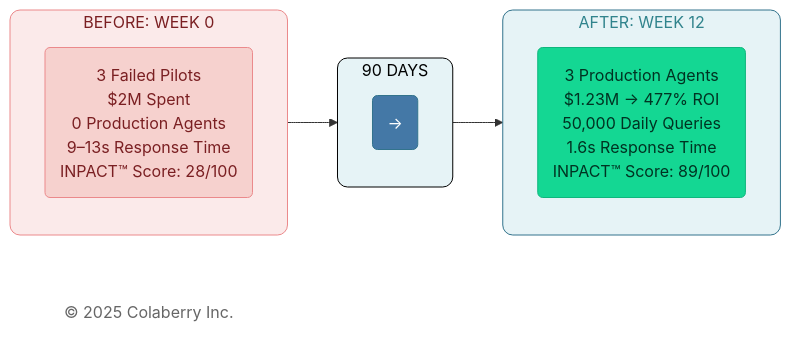
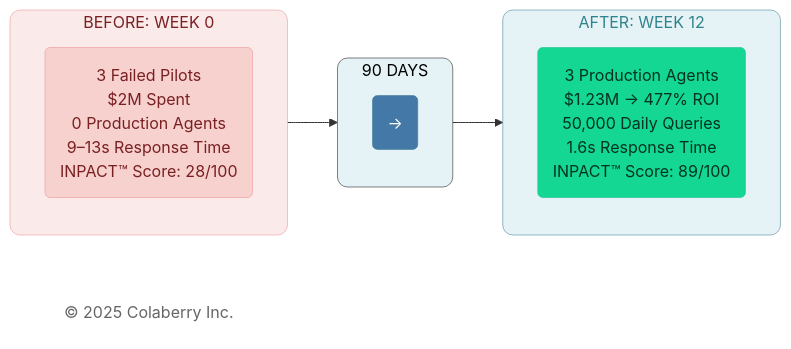
Before and after one commit to saitejesh-cyber/trust-before-intelligence-book: the first of 4 diagrams in manuscript/01_chapter_0_trust_before_intelligence.md, drawn with Mermaid. The commit also changed other lines of this file and 12 other files, not shown here.

Commit message:
Update stroke width to 0.5px instead of 1px to all the diagrams

````diff
--- a/manuscript/01_chapter_0_trust_before_intelligence.md
+++ b/manuscript/01_chapter_0_trust_before_intelligence.md
@@ -7,28 +7,28 @@
 ```mermaid
 
 graph LR
     subgraph BEFORE["BEFORE: WEEK 0"]
     direction TB
         B1("3 Failed Pilots<br>$2M Spent<br>0 Production Agents<br>9–13s Response Time<br>INPACT™ Score: 28/100")
   end
  subgraph TRANSFORM["90 DAYS"]
     direction TB
         T1("→")
   end
  subgraph AFTER["AFTER: WEEK 12"]
     direction TB
         A1("3 Production Agents<br>$1.23M → 477% ROI<br>50,000 Daily Queries<br>1.6s Response Time<br>INPACT™ Score: 89/100")
   end
     BEFORE --> TRANSFORM
     TRANSFORM --> AFTER
     Copyright["© 2025 Colaberry Inc."]
 
-    style B1 fill:#F6D1CE,stroke:#EB898B,stroke-width:1px,color:#7A1F22
-    style T1 fill:#4478A6,stroke:#32738C,stroke-width:1px,color:#ffffff
-    style A1 fill:#14D793,stroke:#0FB67D,stroke-width:1px,color:#003322
-    style BEFORE fill:#FBEAEA,stroke:#EB898B,stroke-width:1px,color:#7A1F22,rx:10,ry:10
-    style TRANSFORM fill:#E6F3F6,stroke:#000000,stroke-width:1px,color:#000000,rx:10,ry:10
-    style AFTER fill:#E6F3F6,stroke:#32738C,stroke-width:1px,color:#30838C,rx:10,ry:10
+    style B1 fill:#F6D1CE,stroke:#EB898B,stroke-width:0.5px,color:#7A1F22
+    style T1 fill:#4478A6,stroke:#32738C,stroke-width:0.5px,color:#ffffff
+    style A1 fill:#14D793,stroke:#0FB67D,stroke-width:0.5px,color:#003322
+    style BEFORE fill:#FBEAEA,stroke:#EB898B,stroke-width:0.5px,color:#7A1F22,rx:10,ry:10
+    style TRANSFORM fill:#E6F3F6,stroke:#000000,stroke-width:0.5px,color:#000000,rx:10,ry:10
+    style AFTER fill:#E6F3F6,stroke:#32738C,stroke-width:0.5px,color:#30838C,rx:10,ry:10
     style Copyright fill:none,stroke:none,color:#666666
     
 ```
````
